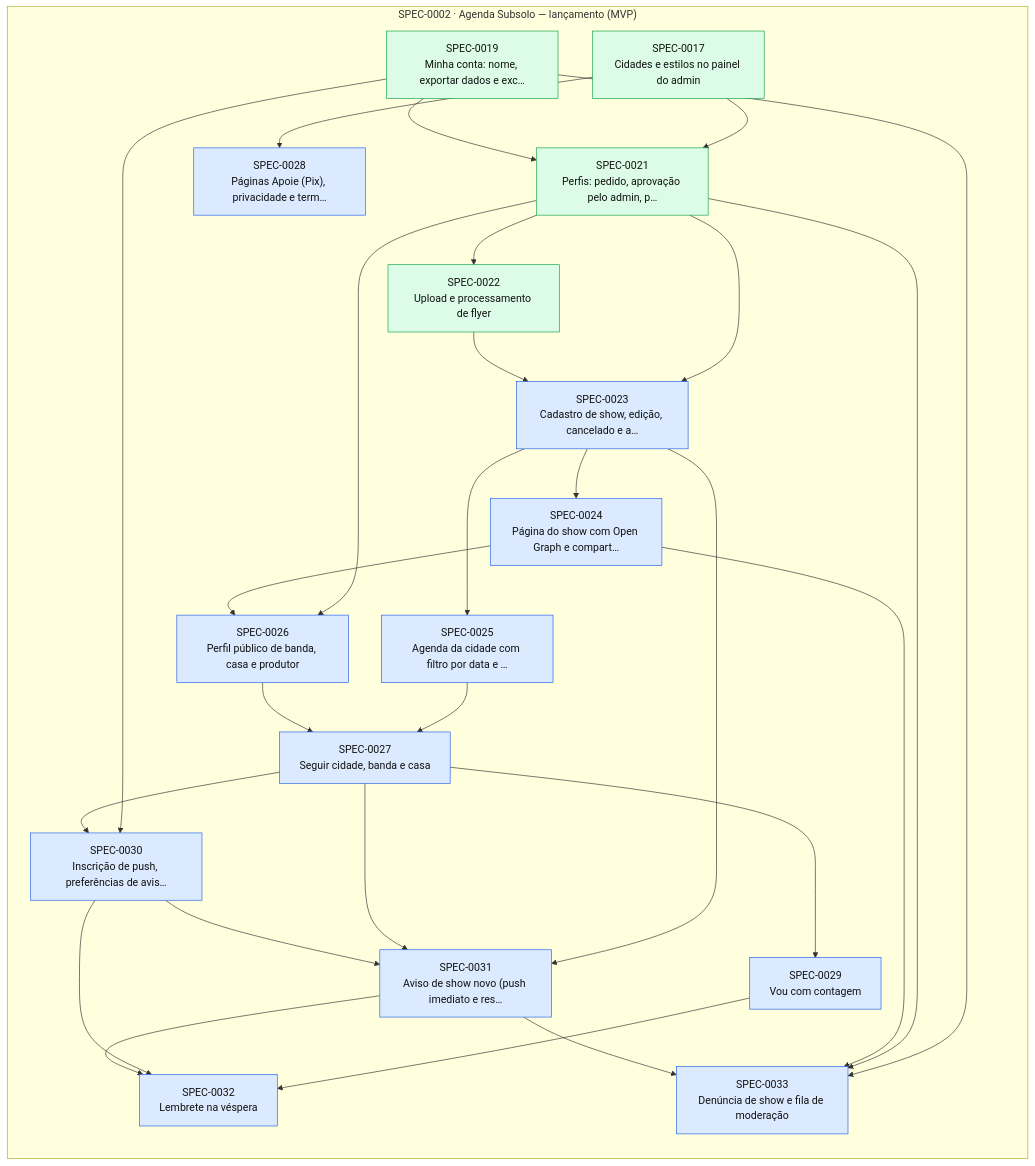
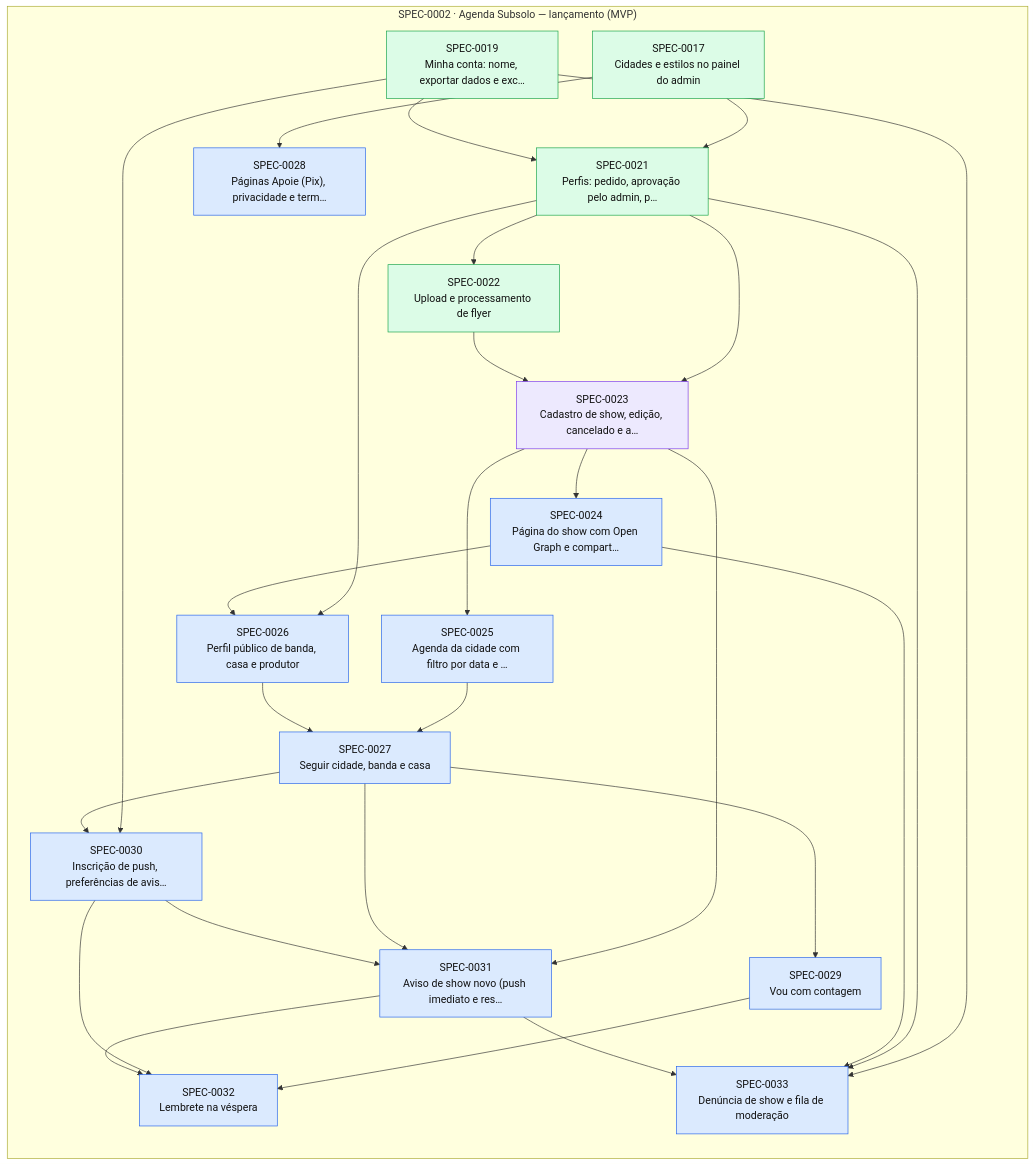
One commit to thomasravache/subsolo changed the diagram in docs/specs/INDEX.md. Above: the diagram before and after it, drawn with Mermaid. The commit also changed other lines of this file and 1 other file, not shown here.

First line of the commit message:
docs(sdd): start SPEC-0023

````diff
--- a/docs/specs/INDEX.md
+++ b/docs/specs/INDEX.md
@@ -76,50 +76,50 @@
 ```mermaid
 flowchart LR
   subgraph E0002["SPEC-0002 · Agenda Subsolo — lançamento (MVP)"]
     S0017["SPEC-0017<br/>Cidades e estilos no painel do admin"]:::implemented
     S0019["SPEC-0019<br/>Minha conta: nome, exportar dados e exc…"]:::implemented
     S0021["SPEC-0021<br/>Perfis: pedido, aprovação pelo admin, p…"]:::implemented
     S0022["SPEC-0022<br/>Upload e processamento de flyer"]:::implemented
-    S0023["SPEC-0023<br/>Cadastro de show, edição, cancelado e a…"]:::approved
+    S0023["SPEC-0023<br/>Cadastro de show, edição, cancelado e a…"]:::inprogress
     S0024["SPEC-0024<br/>Página do show com Open Graph e compart…"]:::approved
     S0025["SPEC-0025<br/>Agenda da cidade com filtro por data e …"]:::approved
     S0026["SPEC-0026<br/>Perfil público de banda, casa e produtor"]:::approved
     S0027["SPEC-0027<br/>Seguir cidade, banda e casa"]:::approved
     S0028["SPEC-0028<br/>Páginas Apoie (Pix), privacidade e term…"]:::approved
     S0029["SPEC-0029<br/>Vou com contagem"]:::approved
     S0030["SPEC-0030<br/>Inscrição de push, preferências de avis…"]:::approved
     S0031["SPEC-0031<br/>Aviso de show novo (push imediato e res…"]:::approved
     S0032["SPEC-0032<br/>Lembrete na véspera"]:::approved
     S0033["SPEC-0033<br/>Denúncia de show e fila de moderação"]:::approved
   end
   S0017 --> S0021
   S0019 --> S0021
   S0021 --> S0022
   S0021 --> S0023
   S0022 --> S0023
   S0023 --> S0024
   S0023 --> S0025
   S0021 --> S0026
   S0024 --> S0026
   S0025 --> S0027
   S0026 --> S0027
   S0017 --> S0028
   S0027 --> S0029
   S0019 --> S0030
   S0027 --> S0030
   S0023 --> S0031
   S0027 --> S0031
   S0030 --> S0031
   S0029 --> S0032
   S0030 --> S0032
   S0031 --> S0032
   S0019 --> S0033
   S0021 --> S0033
   S0024 --> S0033
   S0031 --> S0033
   classDef proposed fill:#fef3c7,stroke:#d97706,color:#111
   classDef approved fill:#dbeafe,stroke:#2563eb,color:#111
   classDef inprogress fill:#ede9fe,stroke:#7c3aed,color:#111
   classDef implemented fill:#dcfce7,stroke:#16a34a,color:#111
   classDef deprecated fill:#f3f4f6,stroke:#9ca3af,color:#6b7280
 ```
````
